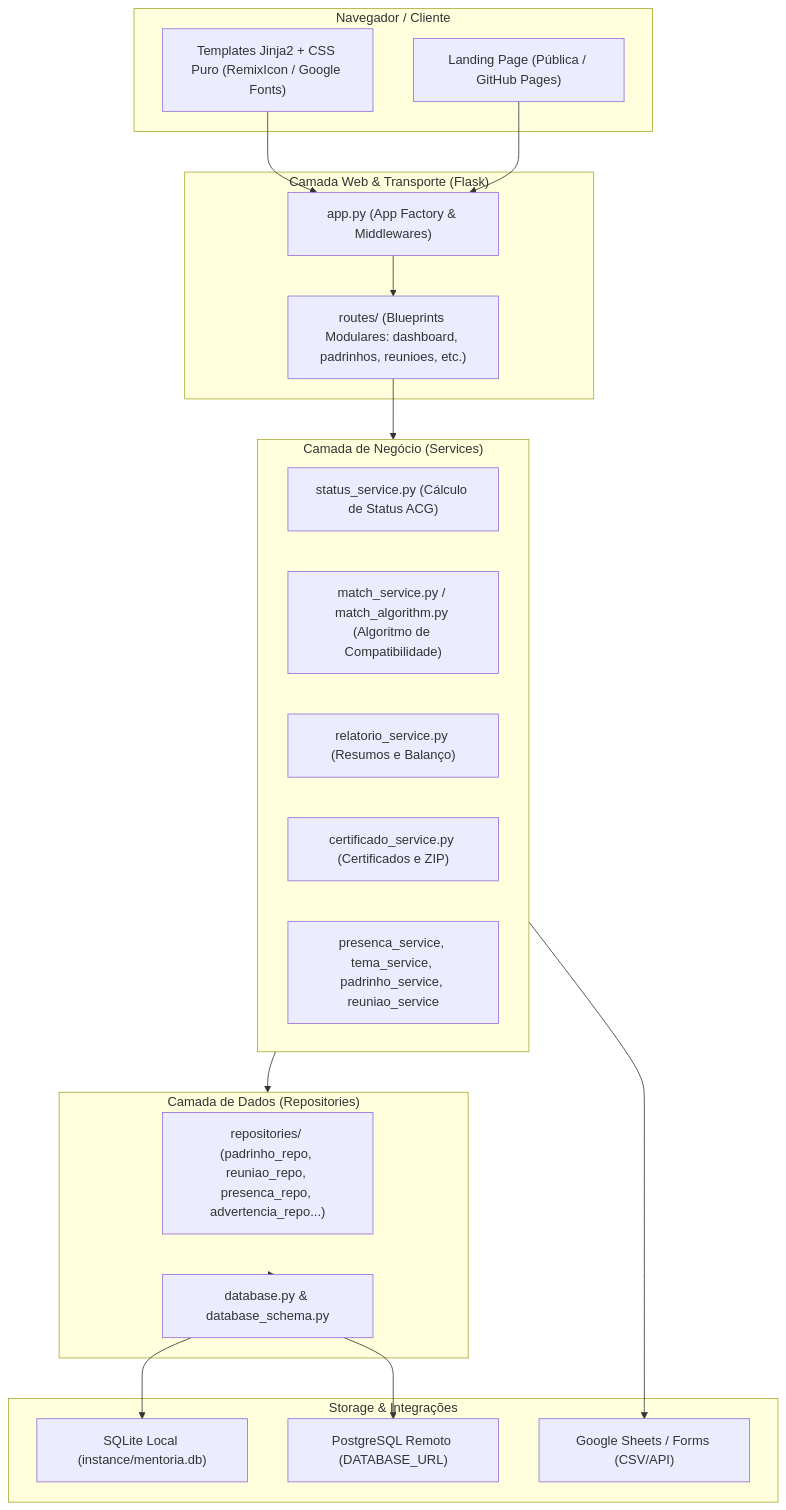
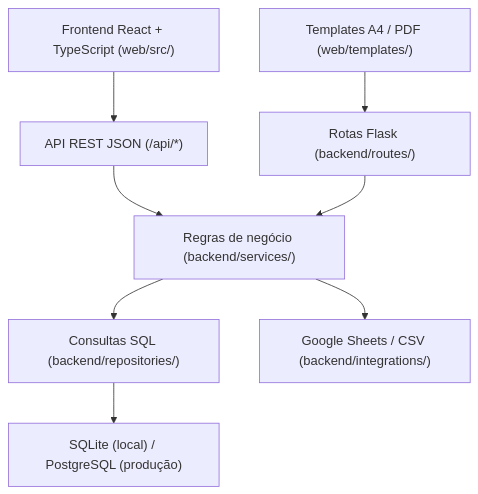
One commit to christiano-gonara/padrinho-track changed the diagram in docs/arquitetura.md. Above: the diagram before and after it, drawn with Mermaid. The commit also changed other lines of this file and 13 other files, not shown here.

Commit message:
feat: refatora landing page, documentacao e capturas do sistema

````diff
--- a/docs/arquitetura.md
+++ b/docs/arquitetura.md
@@ -11,41 +9,10 @@
 ```mermaid
 graph TD
-    subgraph Cliente["Navegador / Cliente"]
-        UI["Templates Jinja2 + CSS Puro (RemixIcon / Google Fonts)"]
-        Landing["Landing Page (Pública / GitHub Pages)"]
-    end
-
-    subgraph Web["Camada Web & Transporte (Flask)"]
-        App["app.py (App Factory & Middlewares)"]
-        BPs["routes/ (Blueprints Modulares: dashboard, padrinhos, reunioes, etc.)"]
-    end
-
-    subgraph Dominio["Camada de Negócio (Services)"]
-        StatusSvc["status_service.py (Cálculo de Status ACG)"]
-        MatchSvc["match_service.py / match_algorithm.py (Algoritmo de Compatibilidade)"]
-        RelatorioSvc["relatorio_service.py (Resumos e Balanço)"]
-        CertSvc["certificado_service.py (Certificados e ZIP)"]
-        OutrosSvc["presenca_service, tema_service, padrinho_service, reuniao_service"]
-    end
-
-    subgraph Persistencia["Camada de Dados (Repositories)"]
-        Repos["repositories/ (padrinho_repo, reuniao_repo, presenca_repo, advertencia_repo...)"]
-        DB["database.py & database_schema.py"]
-    end
-
-    subgraph Armazenamento["Storage & Integrações"]
-        SQLite["SQLite Local (instance/mentoria.db)"]
-        Postgres["PostgreSQL Remoto (DATABASE_URL)"]
-        GoogleSheets["Google Sheets / Forms (CSV/API)"]
-    end
-
-    UI --> App
-    Landing --> App
-    App --> BPs
-    BPs --> Dominio
-    Dominio --> Persistencia
-    Persistencia --> DB
-    DB --> SQLite
-    DB --> Postgres
-    Dominio --> GoogleSheets
+    UI["Frontend React + TypeScript (web/src/)"] --> API["API REST JSON (/api/*)"]
+    Print["Templates A4 / PDF (web/templates/)"] --> Routes["Rotas Flask (backend/routes/)"]
+    API --> Services["Regras de negócio (backend/services/)"]
+    Routes --> Services
+    Services --> Repos["Consultas SQL (backend/repositories/)"]
+    Repos --> DB["SQLite (local) / PostgreSQL (produção)"]
+    Services --> Sheets["Google Sheets / CSV (backend/integrations/)"]
 ```
````
